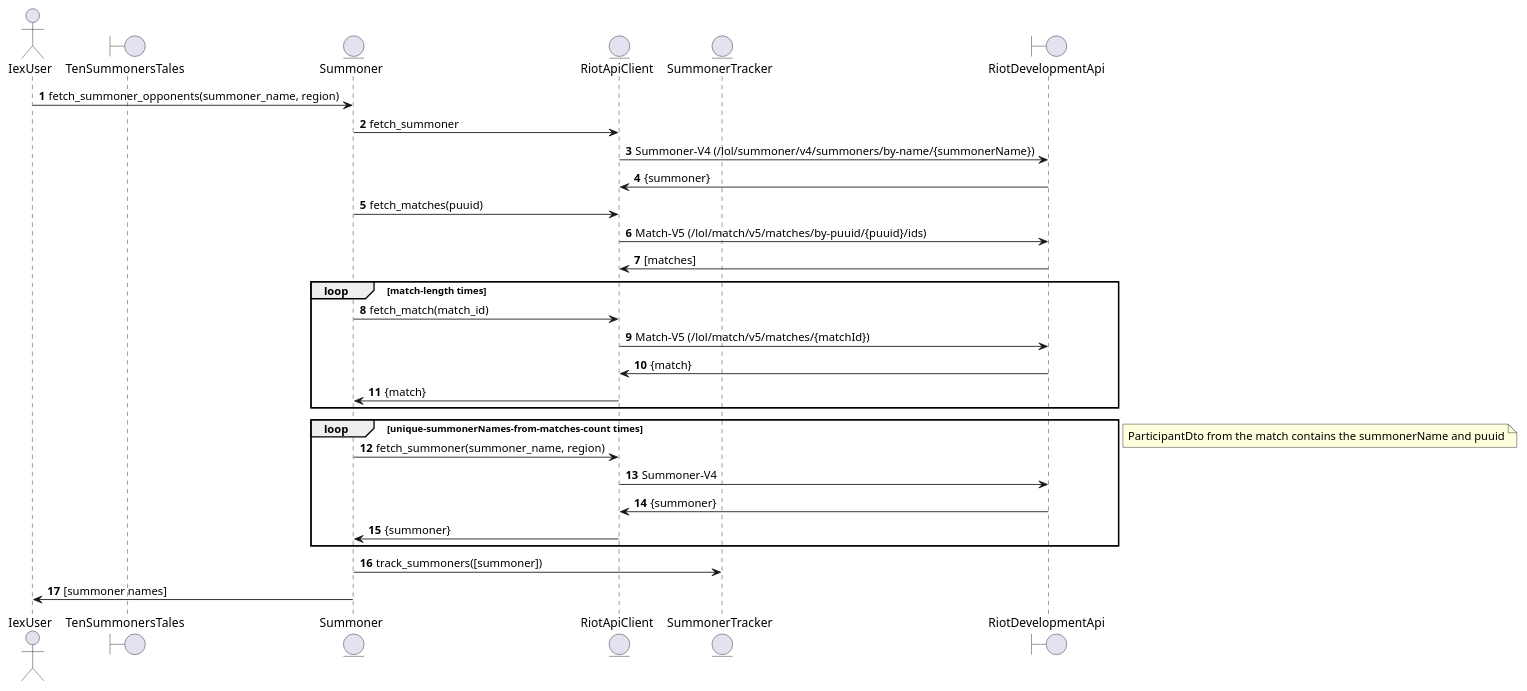
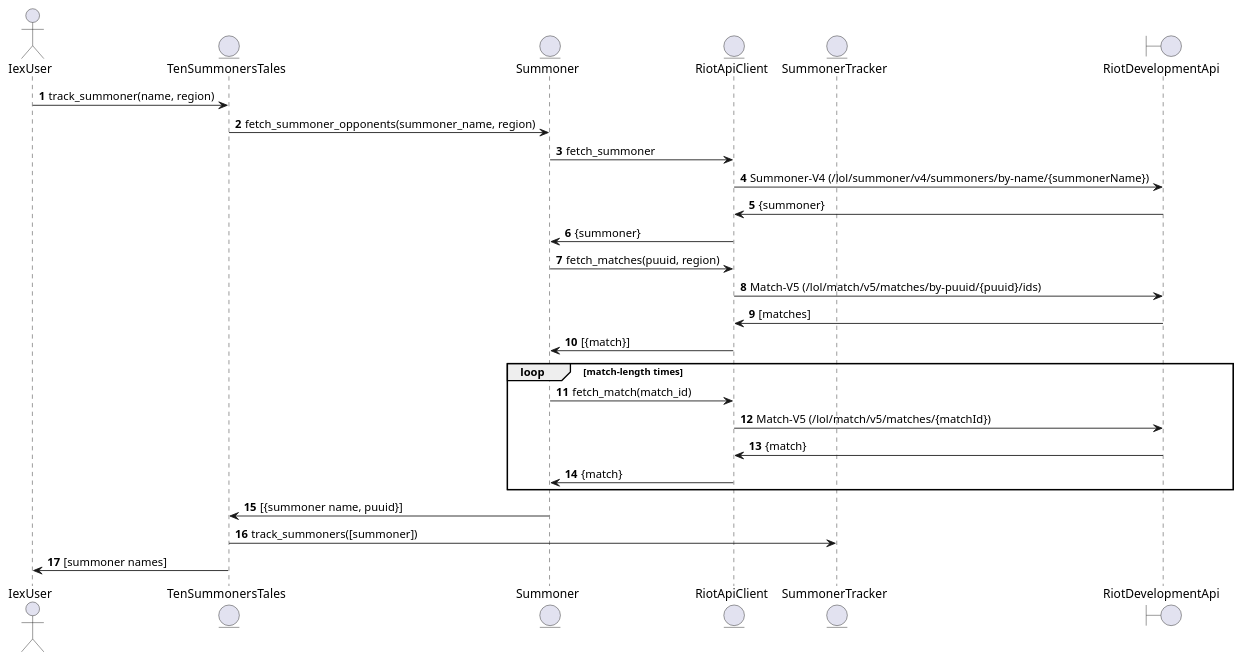
The diagram in docs/summoner_lookup_sequence.puml (ciroque/ten_summoners_tales), drawn with PlantUML before and after one commit. The commit also changed 5 other files, not shown here.

```diff
--- a/docs/summoner_lookup_sequence.puml
+++ b/docs/summoner_lookup_sequence.puml
@@ -1,40 +1,37 @@
 @startuml
 'https://plantuml.com/sequence-diagram
 
 autonumber
 
 actor IexUser
-boundary TenSummonersTales
+entity TenSummonersTales
 entity Summoner
 entity RiotApiClient
 entity SummonerTracker
 boundary RiotDevelopmentApi
 
-IexUser -> Summoner : fetch_summoner_opponents(summoner_name, region)
+IexUser -> TenSummonersTales : track_summoner(name, region)
+TenSummonersTales -> Summoner : fetch_summoner_opponents(summoner_name, region)
 Summoner -> RiotApiClient : fetch_summoner
 RiotApiClient -> RiotDevelopmentApi : Summoner-V4 (/lol/summoner/v4/summoners/by-name/{summonerName})
 RiotApiClient <- RiotDevelopmentApi : {summoner}
-Summoner -> RiotApiClient : fetch_matches(puuid)
+Summoner <- RiotApiClient : {summoner}
+Summoner -> RiotApiClient : fetch_matches(puuid, region)
 RiotApiClient -> RiotDevelopmentApi : Match-V5 (/lol/match/v5/matches/by-puuid/{puuid}/ids)
 RiotApiClient <- RiotDevelopmentApi : [matches]
+Summoner <- RiotApiClient : [{match}]
 
 loop match-length times
   Summoner -> RiotApiClient : fetch_match(match_id)
   RiotApiClient -> RiotDevelopmentApi : Match-V5 (/lol/match/v5/matches/{matchId})
   RiotApiClient <- RiotDevelopmentApi : {match}
   Summoner <- RiotApiClient : {match}
 end
 
-loop unique-summonerNames-from-matches-count times
-  Summoner -> RiotApiClient : fetch_summoner(summoner_name, region)
-  RiotApiClient -> RiotDevelopmentApi : Summoner-V4
-  RiotApiClient <- RiotDevelopmentApi : {summoner}
-  Summoner <- RiotApiClient : {summoner}
-end
-note left : ParticipantDto from the match contains the summonerName and puuid
+TenSummonersTales <- Summoner : [{summoner name, puuid}]
 
-Summoner -> SummonerTracker : track_summoners([summoner])
+TenSummonersTales -> SummonerTracker : track_summoners([summoner])
 
-IexUser <- Summoner : [summoner names]
+IexUser <- TenSummonersTales : [summoner names]
 
 @enduml
```
